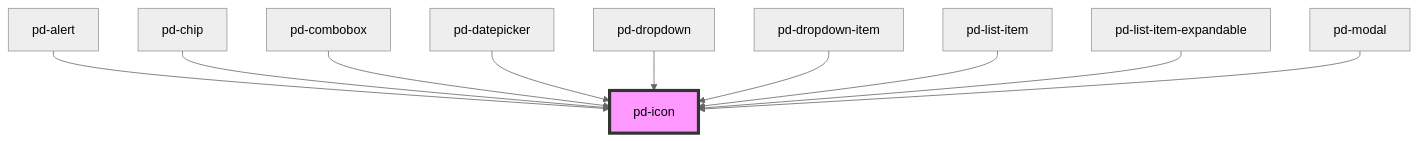
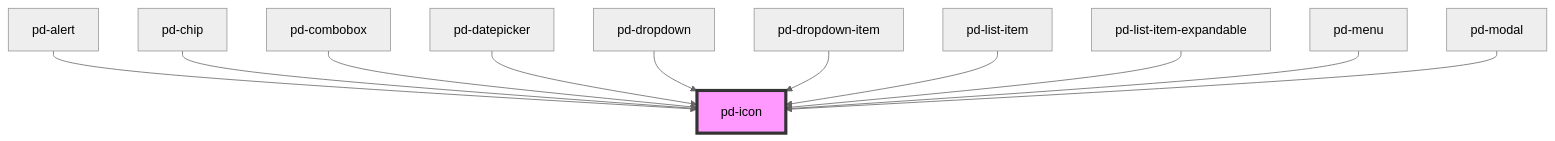
The diagram in packages/core/src/components/pd-icon/readme.md (Lambda-IT/parlamentsdienste-components), drawn with Mermaid (neutral theme) before and after one commit. The commit also changed other lines of this file and 34 other files, not shown here.

````diff
--- a/packages/core/src/components/pd-icon/readme.md
+++ b/packages/core/src/components/pd-icon/readme.md
@@ -87,13 +88,14 @@
 ```mermaid
 graph TD;
   pd-alert --> pd-icon
   pd-chip --> pd-icon
   pd-combobox --> pd-icon
   pd-datepicker --> pd-icon
   pd-dropdown --> pd-icon
   pd-dropdown-item --> pd-icon
   pd-list-item --> pd-icon
   pd-list-item-expandable --> pd-icon
+  pd-menu --> pd-icon
   pd-modal --> pd-icon
   style pd-icon fill:#f9f,stroke:#333,stroke-width:4px
 ```
````
